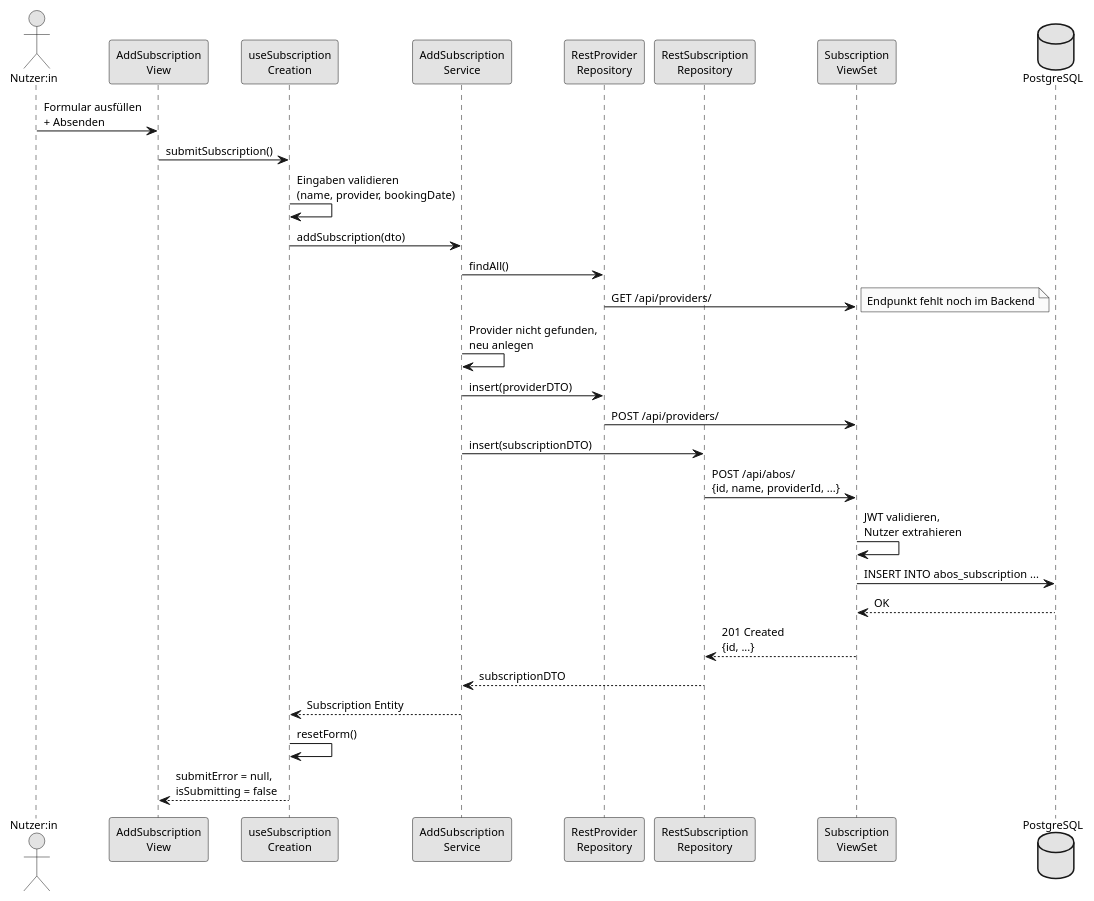
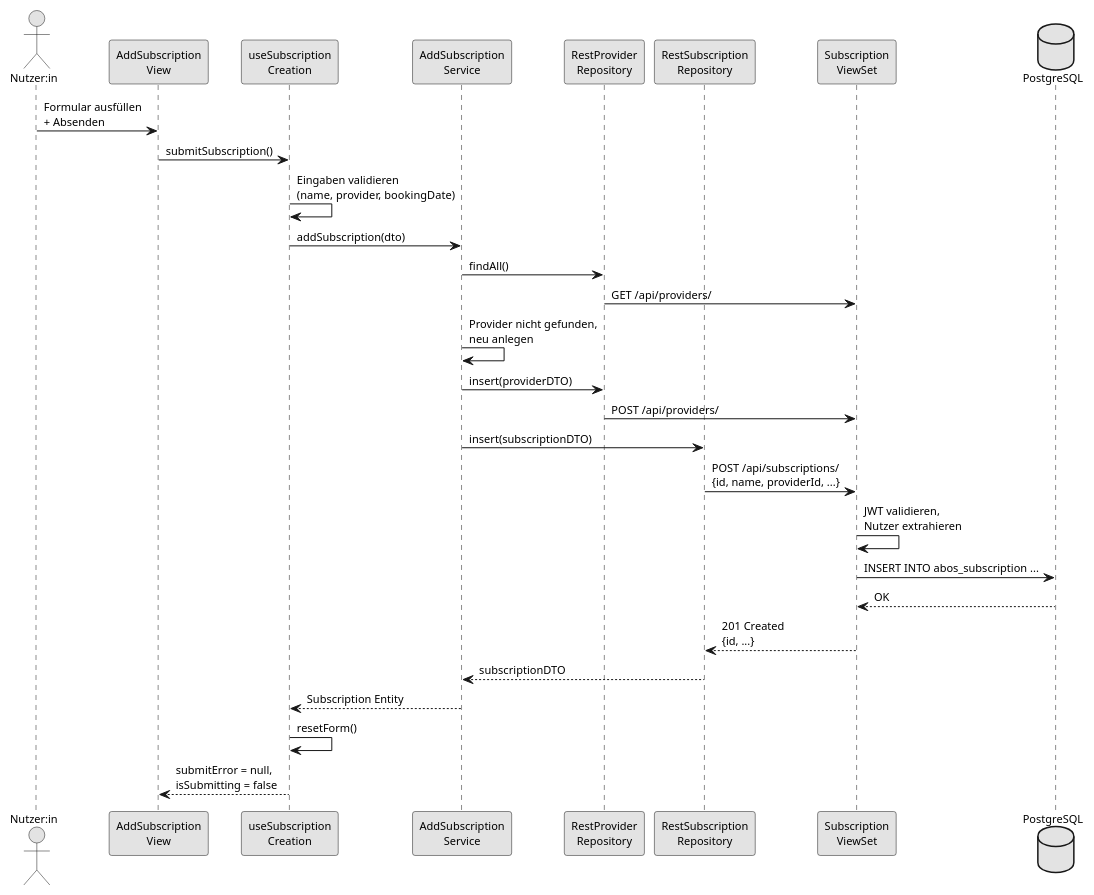
The third of 4 diagrams in docs/technical/design.adoc (SE-Team-E1/SE-SubscriptionGuard), drawn with PlantUML before and after one commit. The commit also changed other lines of this file and 1 other file, not shown here.

Commit message:
docs: #147 document login flow and integration test

```diff
--- a/docs/technical/design.adoc
+++ b/docs/technical/design.adoc
@@ -260,41 +293,40 @@
 [plantuml, sequence-add-subscription, svg]
 ....
 @startuml
 skinparam monochrome true
 skinparam defaultFontSize 11
 
 actor "Nutzer:in" as user
 participant "AddSubscription\nView" as view
 participant "useSubscription\nCreation" as composable
 participant "AddSubscription\nService" as service
 participant "RestProvider\nRepository" as prov_repo
 participant "RestSubscription\nRepository" as sub_repo
 participant "Subscription\nViewSet" as viewset
 database "PostgreSQL" as db
 
 user -> view : Formular ausfüllen\n+ Absenden
 view -> composable : submitSubscription()
 composable -> composable : Eingaben validieren\n(name, provider, bookingDate)
 composable -> service : addSubscription(dto)
 
 service -> prov_repo : findAll()
 prov_repo -> viewset : GET /api/providers/
-note right : Endpunkt fehlt noch im Backend
 
 service -> service : Provider nicht gefunden,\nneu anlegen
 service -> prov_repo : insert(providerDTO)
 prov_repo -> viewset : POST /api/providers/
 
 service -> sub_repo : insert(subscriptionDTO)
-sub_repo -> viewset : POST /api/abos/\n{id, name, providerId, ...}
+sub_repo -> viewset : POST /api/subscriptions/\n{id, name, providerId, ...}
 viewset -> viewset : JWT validieren,\nNutzer extrahieren
 viewset -> db : INSERT INTO abos_subscription ...
 db --> viewset : OK
 viewset --> sub_repo : 201 Created\n{id, ...}
 sub_repo --> service : subscriptionDTO
 service --> composable : Subscription Entity
 composable -> composable : resetForm()
 composable --> view : submitError = null,\nisSubmitting = false
 
 @enduml
 ....
```
